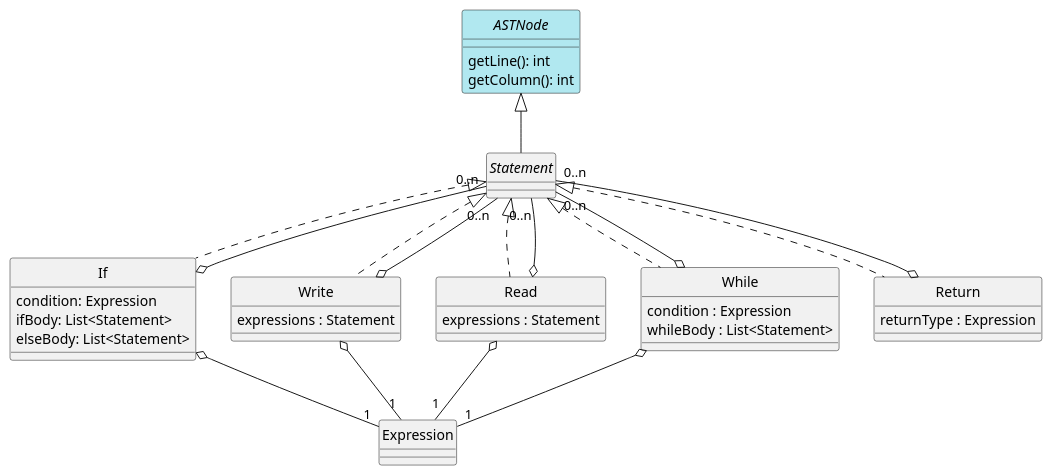
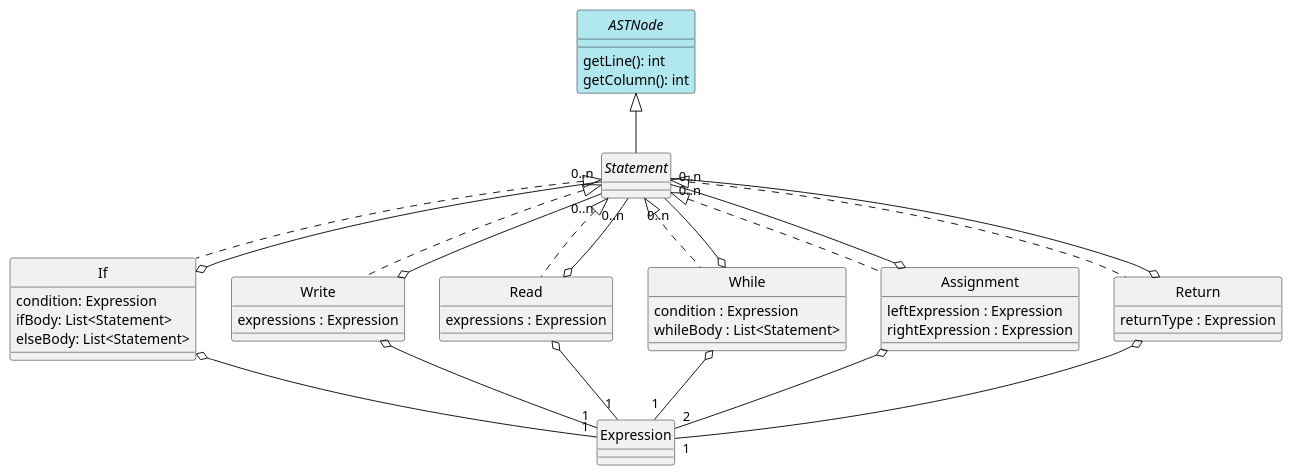
Before and after one commit to alvesit0/DLP-Compiler: the diagram in docs/diagrams/statements.plantuml, drawn with PlantUML.

Commit message:
Realizadas modificaciones en el UML de statements

```diff
--- a/docs/diagrams/statements.plantuml
+++ b/docs/diagrams/statements.plantuml
@@ -1,57 +1,64 @@
 @startuml Statements
 skinparam style strictuml
 skinparam monochrome false
 
 
 interface ASTNode #b1e8f0 {
     getLine(): int
     getColumn(): int
 }
 
 interface Statement
 
 class If {
     condition: Expression
     ifBody: List<Statement>
     elseBody: List<Statement>
 }
 
 class Write {
-    expressions : Statement
+    expressions : Expression
 }
 
 class Read {
-    expressions : Statement
+    expressions : Expression
 }
 
 class While {
     condition : Expression
     whileBody : List<Statement>
+}
+
+class Assignment {
+    leftExpression : Expression
+    rightExpression : Expression
 }
 
 class Return {
     returnType : Expression
 }
 
 ASTNode <|-- Statement
 
 Statement <|.. Write
 Statement <|.. Read
 Statement <|.. If
 Statement <|.. While
 Statement <|.. Return
+Statement <|.. Assignment
 
-' Un If debe tener una expresión
 If o--"1" Expression
 Write o--"1" Expression
 Read o--"1" Expression
 While o--"1" Expression
+Assignment o--"2" Expression
+Return o--"1" Expression
 
-' Multiples Statement pueden tener un If
 If o--"0..n" Statement
 Write o--"0..n" Statement
 Read o--"0..n" Statement
 While o--"0..n" Statement
 Return o--"0..n" Statement
+Assignment o--"0..n" Statement
 
 @enduml
```
